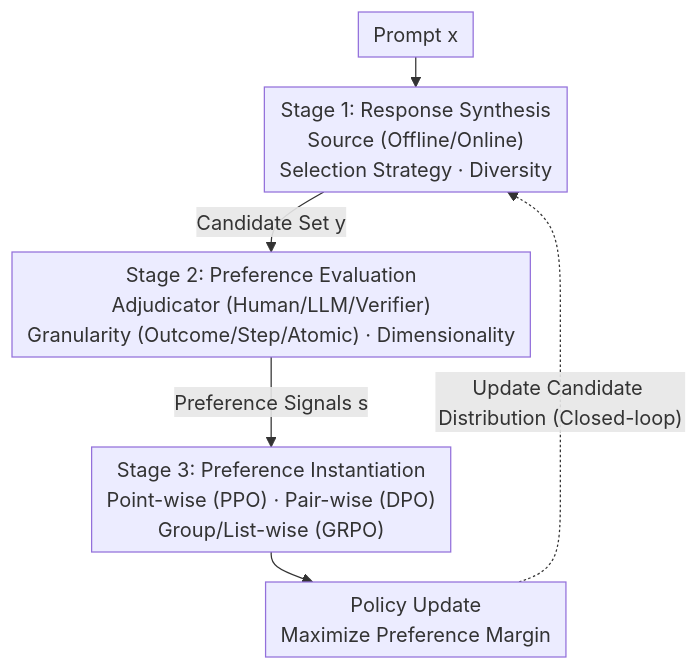
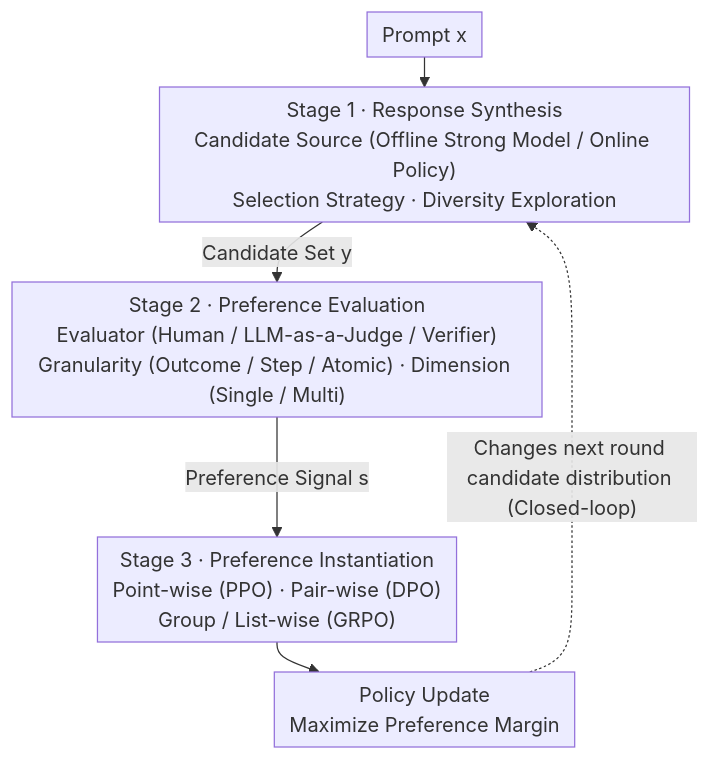
The diagram in docs/ACL2026/model_compression/alignment_tuning_for_large_language_models_a_data-centric_lens_on_alignment_data.md (zhaoyang97/Paper-Notes-en), drawn with Mermaid before and after one commit. The commit also changed other lines of this file and 5084 other files, not shown here.

````diff
--- a/docs/ACL2026/model_compression/alignment_tuning_for_large_language_models_a_data-centric_lens_on_alignment_data.md
+++ b/docs/ACL2026/model_compression/alignment_tuning_for_large_language_models_a_data-centric_lens_on_alignment_data.md
@@ -56,9 +56,9 @@
 ```mermaid
 %%{init: {'flowchart': {'rankSpacing': 24, 'nodeSpacing': 28, 'padding': 6, 'wrappingWidth': 400}}}%%
 flowchart TD
-    X["Prompt x"] --> S["Stage 1: Response Synthesis<br/>Source (Offline/Online)<br/>Selection Strategy · Diversity"]
-    S -->|"Candidate Set y"| E["Stage 2: Preference Evaluation<br/>Adjudicator (Human/LLM/Verifier)<br/>Granularity (Outcome/Step/Atomic) · Dimensionality"]
-    E -->|"Preference Signals s"| I["Stage 3: Preference Instantiation<br/>Point-wise (PPO) · Pair-wise (DPO)<br/>Group/List-wise (GRPO)"]
+    X["Prompt x"] --> S["Stage 1 · Response Synthesis<br/>Candidate Source (Offline Strong Model / Online Policy)<br/>Selection Strategy · Diversity Exploration"]
+    S -->|"Candidate Set y"| E["Stage 2 · Preference Evaluation<br/>Evaluator (Human / LLM-as-a-Judge / Verifier)<br/>Granularity (Outcome / Step / Atomic) · Dimension (Single / Multi)"]
+    E -->|"Preference Signal s"| I["Stage 3 · Preference Instantiation<br/>Point-wise (PPO) · Pair-wise (DPO)<br/>Group / List-wise (GRPO)"]
     I --> U["Policy Update<br/>Maximize Preference Margin"]
-    U -.->|"Update Candidate Distribution (Closed-loop)"| S
+    U -.->|"Changes next round candidate distribution (Closed-loop)"| S
 ```
````
